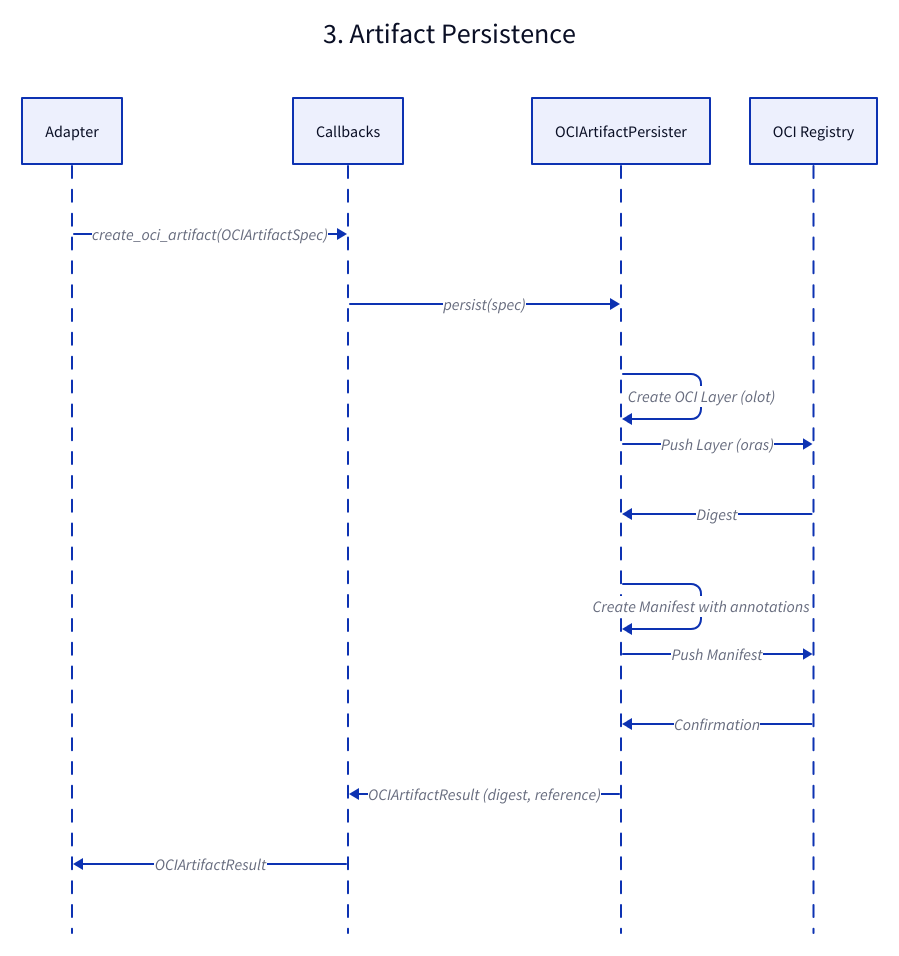
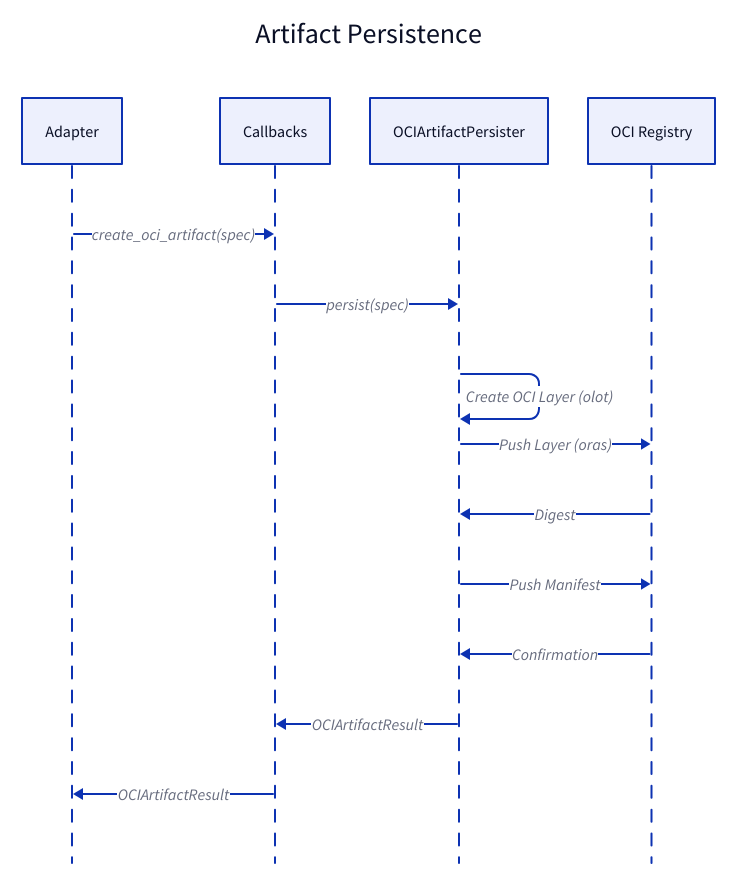
The diagram in diagrams/adapter-artifact-sequence.d2 (ruivieira/eval-hub.github.io), drawn with D2 before and after one commit. The commit also changed 79 other files, not shown here.

```diff
--- a/diagrams/adapter-artifact-sequence.d2
+++ b/diagrams/adapter-artifact-sequence.d2
@@ -1,19 +1,18 @@
-# Adapter artifact persistence sequence (development/architecture)
-artifact: "3. Artifact Persistence" {
+# Adapter artifact persistence sequence
+artifact: Artifact Persistence {
   shape: sequence_diagram
   a: Adapter
   c: Callbacks
-  p: "OCIArtifactPersister"
-  r: "OCI Registry"
+  p: OCIArtifactPersister
+  r: OCI Registry
 
-  a -> c: "create_oci_artifact(OCIArtifactSpec)"
-  c -> p: "persist(spec)"
-  p -> p: "Create OCI Layer (olot)"
-  p -> r: "Push Layer (oras)"
-  r -> p: "Digest"
-  p -> p: "Create Manifest with annotations"
-  p -> r: "Push Manifest"
-  r -> p: "Confirmation"
-  p -> c: "OCIArtifactResult (digest, reference)"
-  c -> a: "OCIArtifactResult"
+  a -> c: create_oci_artifact(spec)
+  c -> p: persist(spec)
+  p -> p: Create OCI Layer (olot)
+  p -> r: Push Layer (oras)
+  r -> p: Digest
+  p -> r: Push Manifest
+  r -> p: Confirmation
+  p -> c: OCIArtifactResult
+  c -> a: OCIArtifactResult
 }
```
